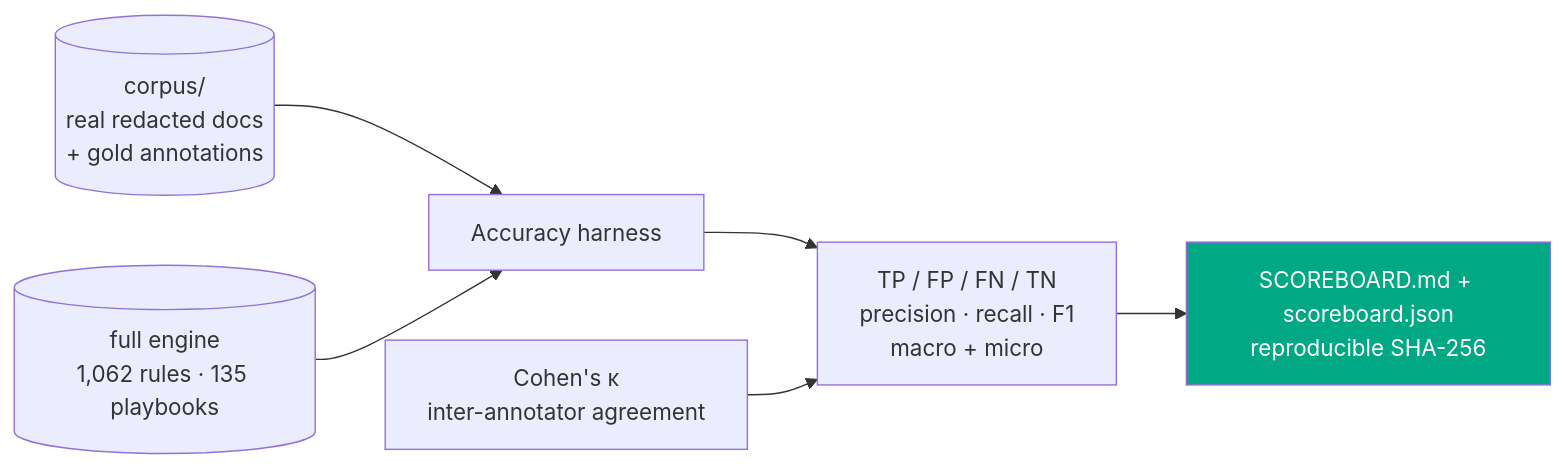
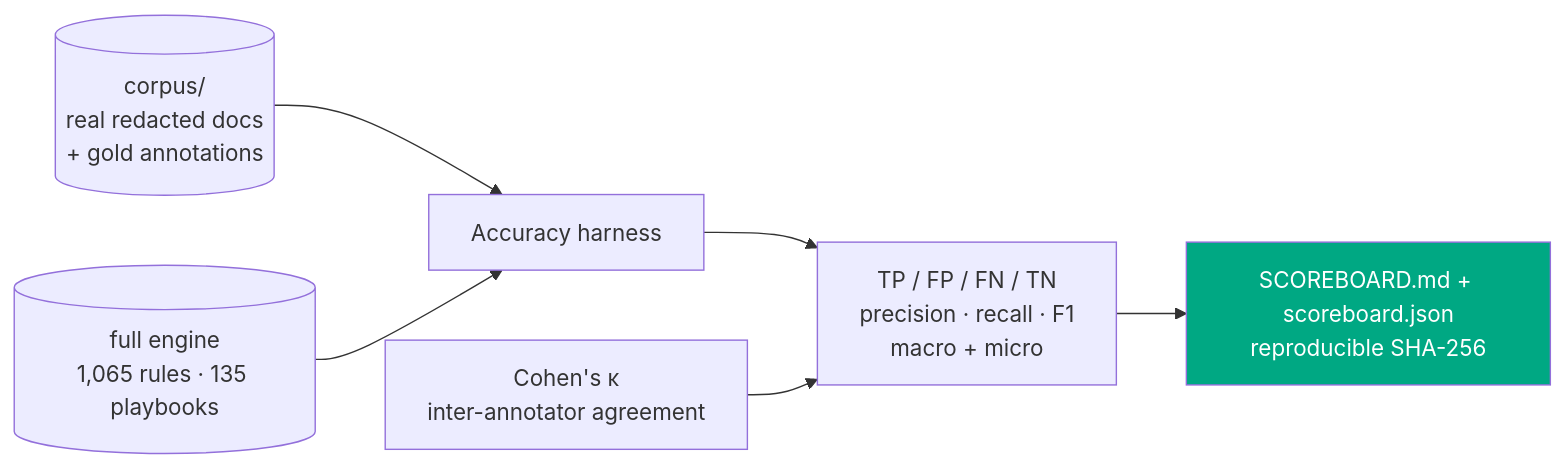
Before and after one commit to clay-good/vaulytica: the fourth of 8 diagrams in README.md, drawn with Mermaid. The commit also changed other lines of this file and 13 other files, not shown here.

````diff
--- a/README.md
+++ b/README.md
@@ -318,9 +330,9 @@
 ```mermaid
 flowchart LR
   C[(corpus/<br/>real redacted docs<br/>+ gold annotations)] --> H[Accuracy harness]
-  R[(full engine<br/>1,062 rules · 135 playbooks)] --> H
+  R[(full engine<br/>1,065 rules · 135 playbooks)] --> H
   H --> M[TP / FP / FN / TN<br/>precision · recall · F1<br/>macro + micro]
   M --> S[SCOREBOARD.md + scoreboard.json<br/>reproducible SHA-256]
   K[Cohen's κ<br/>inter-annotator agreement] --> M
   style S fill:#00A883,color:#fff
 ```
````
